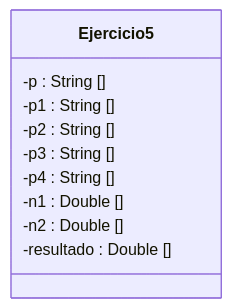
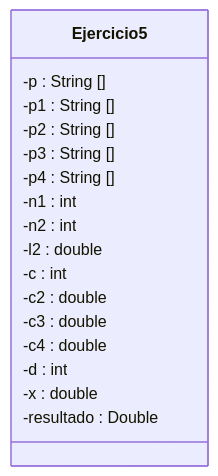
Before and after one commit to PachecoASIR/Diagramas: the fourth of 4 diagrams in README.md, drawn with Mermaid. The commit also changed other lines of this file, not shown here.

````diff
--- a/README.md
+++ b/README.md
@@ -82,14 +82,21 @@
 ```mermaid
 classDiagram
   direction RL
   class Ejercicio5 {
     -p : String []
     -p1 : String []
     -p2 : String []
     -p3 : String []
     -p4 : String []
-    -n1 : Double []
-    -n2 : Double []
-    -resultado : Double []
+    -n1 : int
+    -n2 : int
+    -l2 : double
+    -c : int
+    -c2 : double
+    -c3 : double
+    -c4 : double
+    -d : int
+    -x : double
+    -resultado : Double
   }
 ```
````
